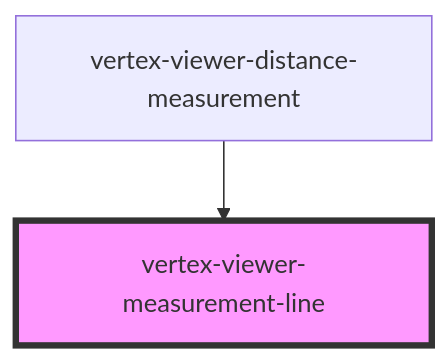
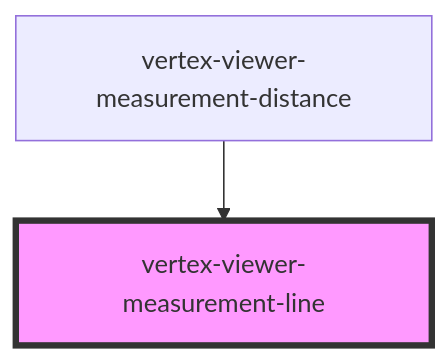
One commit to Vertexvis/vertex-web-sdk changed the diagram in packages/viewer/src/components/viewer-measurement-line/readme.md. Above: the diagram before and after it, drawn with Mermaid. The commit also changed other lines of this file and 14 other files, not shown here.

Commit message:
Rename distance measurement component

````diff
--- a/packages/viewer/src/components/viewer-measurement-line/readme.md
+++ b/packages/viewer/src/components/viewer-measurement-line/readme.md
@@ -38,5 +38,5 @@
 ```mermaid
 graph TD;
-  vertex-viewer-distance-measurement --> vertex-viewer-measurement-line
+  vertex-viewer-measurement-distance --> vertex-viewer-measurement-line
   style vertex-viewer-measurement-line fill:#f9f,stroke:#333,stroke-width:4px
 ```
````
